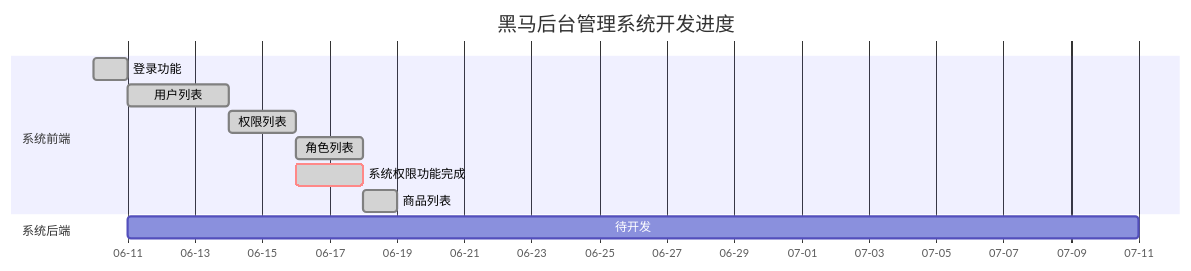
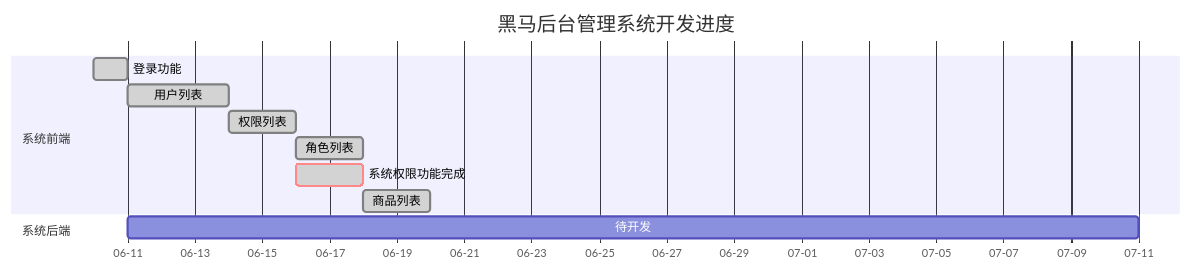
One commit to Tolerating/heima-back-manager changed the diagram in README.md. Above: the diagram before and after it, drawn with Mermaid. The commit also changed other lines of this file and 4 other files, not shown here.

````diff
--- a/README.md
+++ b/README.md
@@ -4,16 +4,16 @@
 ```mermaid
 gantt
     dateFormat  YYYY-MM-DD
     axisFormat %m-%d
     title 黑马后台管理系统开发进度
     section 系统前端
     登录功能        :done,  des1,   2020-06-10,2020-06-11
     用户列表        :done,  des2,   2020-06-11,3d
     权限列表        :done,  des3,   after des2,2d
     角色列表        :done,  des4,   after des3,2d
     系统权限功能完成     :crit,done,    des5,   2020-06-16,2d
-    商品列表        :done,  des6,   after des5,1d
+    商品列表        :done,  des6,   after des5,2d
     
     section 系统后端
     待开发          :     2020-06-11,2020-07-11
 ```
````
